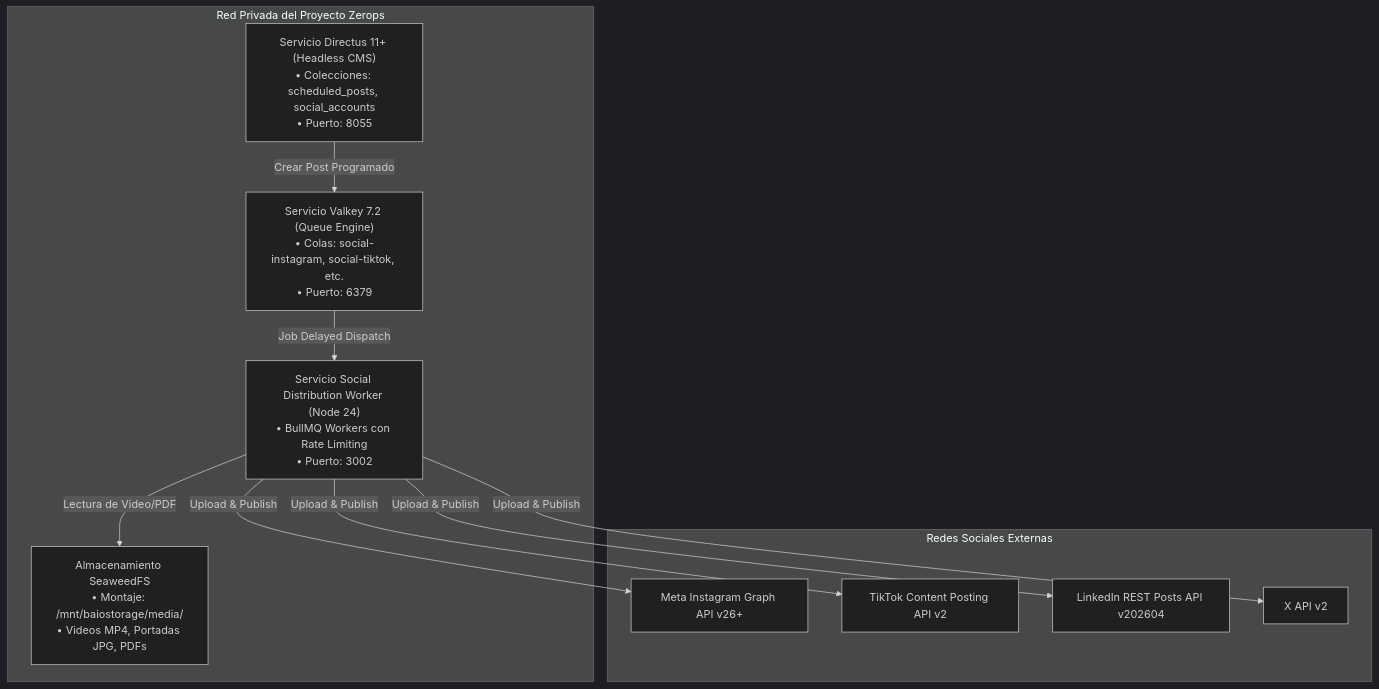
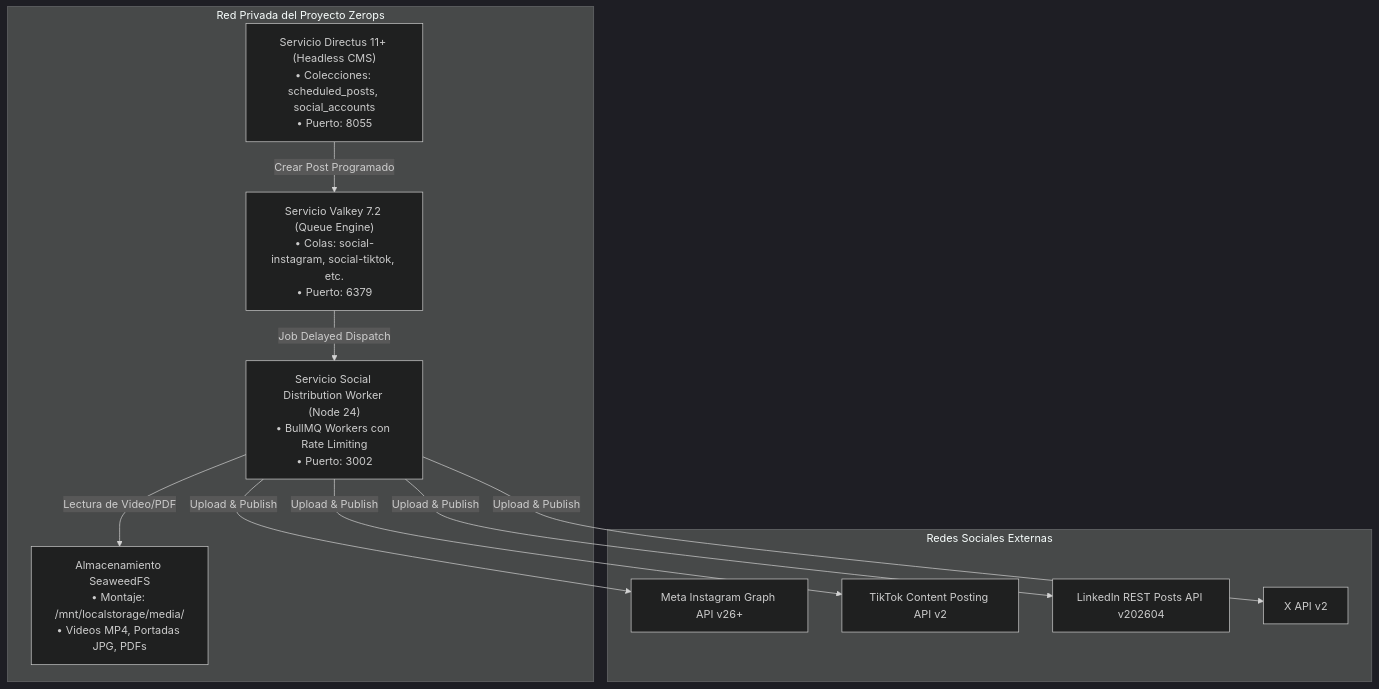
The diagram in social-distrib/references/infra.md (baiosfera/zerops-astro-skills), drawn with Mermaid (dark theme) before and after one commit. The commit also changed other lines of this file and 21 other files, not shown here.

````diff
--- a/social-distrib/references/infra.md
+++ b/social-distrib/references/infra.md
@@ -12,27 +12,27 @@
 ```mermaid
 graph TD
     subgraph Zerops_Incus_Network["Red Privada del Proyecto Zerops"]
         SocialWorker["Servicio Social Distribution Worker (Node 24)<br/>• BullMQ Workers con Rate Limiting<br/>• Puerto: 3002"]
         
         Directus["Servicio Directus 11+ (Headless CMS)<br/>• Colecciones: scheduled_posts, social_accounts<br/>• Puerto: 8055"]
         
         Valkey["Servicio Valkey 7.2 (Queue Engine)<br/>• Colas: social-instagram, social-tiktok, etc.<br/>• Puerto: 6379"]
         
-        Seaweed["Almacenamiento SeaweedFS<br/>• Montaje: /mnt/baiostorage/media/<br/>• Videos MP4, Portadas JPG, PDFs"]
+        Seaweed["Almacenamiento SeaweedFS<br/>• Montaje: /mnt/localstorage/media/<br/>• Videos MP4, Portadas JPG, PDFs"]
     end
 
     subgraph Social_APIs["Redes Sociales Externas"]
         IG["Meta Instagram Graph API v26+"]
         TT["TikTok Content Posting API v2"]
         LI["LinkedIn REST Posts API v202604"]
         X["X API v2"]
     end
 
     Directus -->|Crear Post Programado| Valkey
     Valkey -->|Job Delayed Dispatch| SocialWorker
     SocialWorker -->|Lectura de Video/PDF| Seaweed
     SocialWorker -->|Upload & Publish| IG
     SocialWorker -->|Upload & Publish| TT
     SocialWorker -->|Upload & Publish| LI
     SocialWorker -->|Upload & Publish| X
 ```
````
